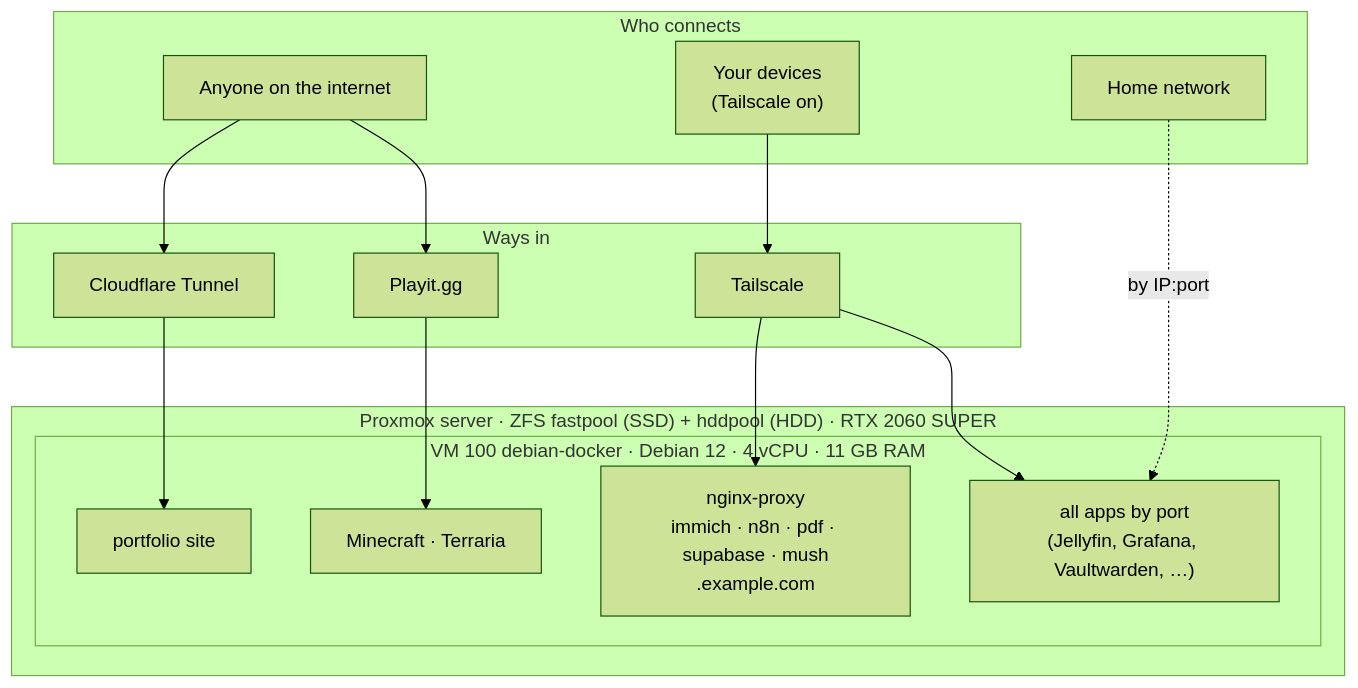
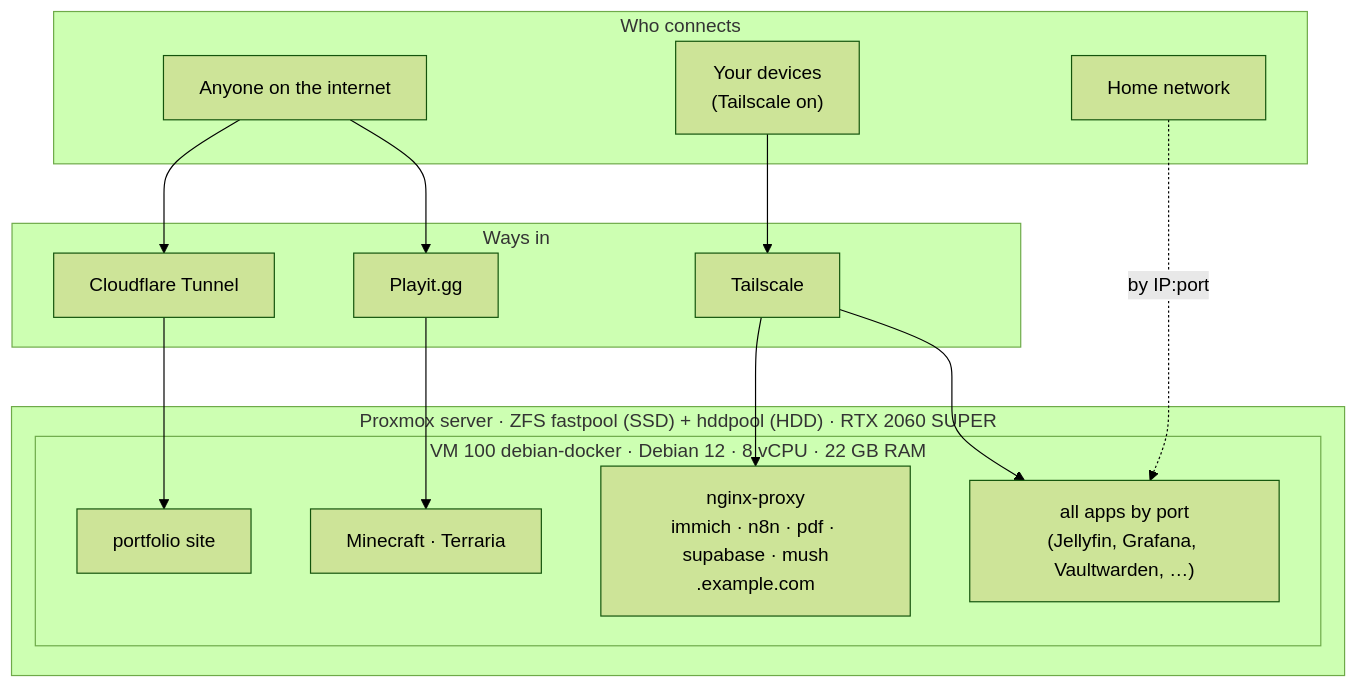
Before and after one commit to BigBoiToasty/homelab-docs: the diagram in README.md, drawn with Mermaid (forest theme). The commit also changed 4 other files, not shown here.

````diff
--- a/README.md
+++ b/README.md
@@ -34,29 +34,29 @@
 ```mermaid
 flowchart TB
     subgraph NET["Who connects"]
         PUB["Anyone on the internet"]
         ME["Your devices<br/>(Tailscale on)"]
         LAN["Home network"]
     end
 
     subgraph EDGE["Ways in"]
         CF["Cloudflare Tunnel"]
         PLAY["Playit.gg"]
         TS["Tailscale"]
     end
 
     subgraph PVE["Proxmox server · ZFS fastpool (SSD) + hddpool (HDD) · RTX 2060 SUPER"]
-        subgraph VM["VM 100 debian-docker · Debian 12 · 4 vCPU · 11 GB RAM"]
+        subgraph VM["VM 100 debian-docker · Debian 12 · 8 vCPU · 22 GB RAM"]
             NGINX["nginx-proxy<br/>immich · n8n · pdf · supabase · mush<br/>.example.com"]
             PORT["portfolio site"]
             GAMES["Minecraft · Terraria"]
             APPS["all apps by port<br/>(Jellyfin, Grafana, Vaultwarden, …)"]
         end
     end
 
     PUB --> CF --> PORT
     PUB --> PLAY --> GAMES
     ME --> TS --> NGINX
     TS --> APPS
     LAN -. "by IP:port" .-> APPS
 ```
````
